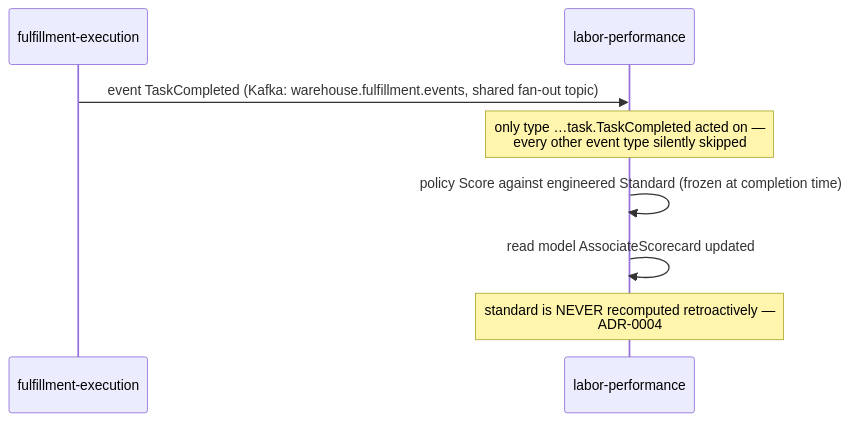
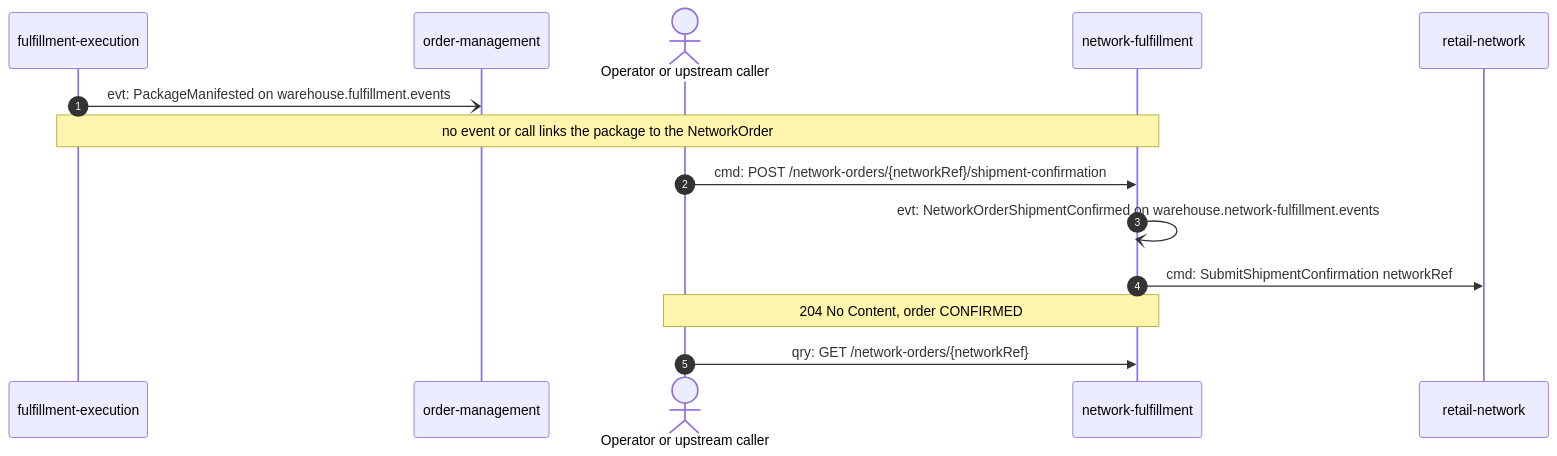
Before and after one commit to IQVO/warehouse-docs: the fourth of 9 diagrams in docs/strategic-design/domain-message-flows.md, drawn with Mermaid. The commit also changed other lines of this file and 717 other files, not shown here.

````diff
--- a/docs/strategic-design/domain-message-flows.md
+++ b/docs/strategic-design/domain-message-flows.md
@@ -94,11 +214,16 @@
 ```mermaid
 sequenceDiagram
+    autonumber
     participant FE as fulfillment-execution
-    participant LP as labor-performance
-
-    FE->>LP: event TaskCompleted (Kafka: warehouse.fulfillment.events, shared fan-out topic)
-    Note over LP: only type …task.TaskCompleted acted on —<br/>every other event type silently skipped
-    LP->>LP: policy Score against engineered Standard (frozen at completion time)
-    LP->>LP: read model AssociateScorecard updated
-    Note over LP: standard is NEVER recomputed retroactively —<br/>ADR-0004
+    participant OM as order-management
+    actor OP as Operator or upstream caller
+    participant NF as network-fulfillment
+    participant RN as retail-network
+    FE-)OM: evt: PackageManifested on warehouse.fulfillment.events
+    Note over FE,NF: no event or call links the package to the NetworkOrder
+    OP->>NF: cmd: POST /network-orders/{networkRef}/shipment-confirmation
+    NF-)NF: evt: NetworkOrderShipmentConfirmed on warehouse.network-fulfillment.events
+    NF->>RN: cmd: SubmitShipmentConfirmation networkRef
+    Note over OP,NF: 204 No Content, order CONFIRMED
+    OP->>NF: qry: GET /network-orders/{networkRef}
 ```
````
